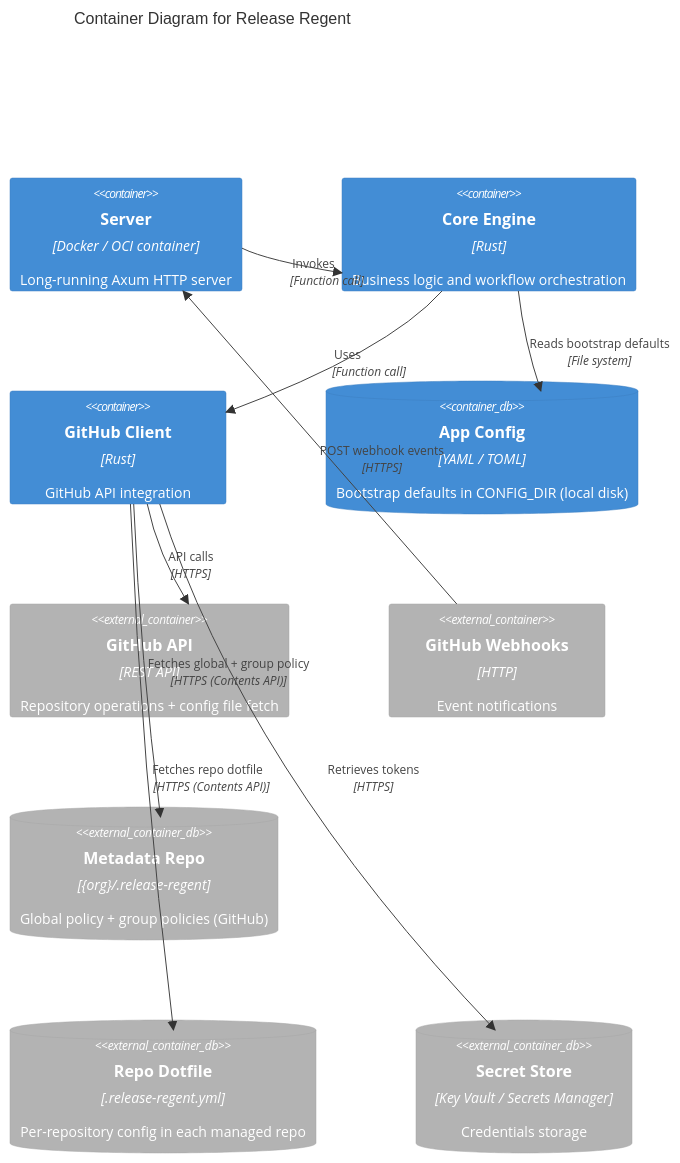
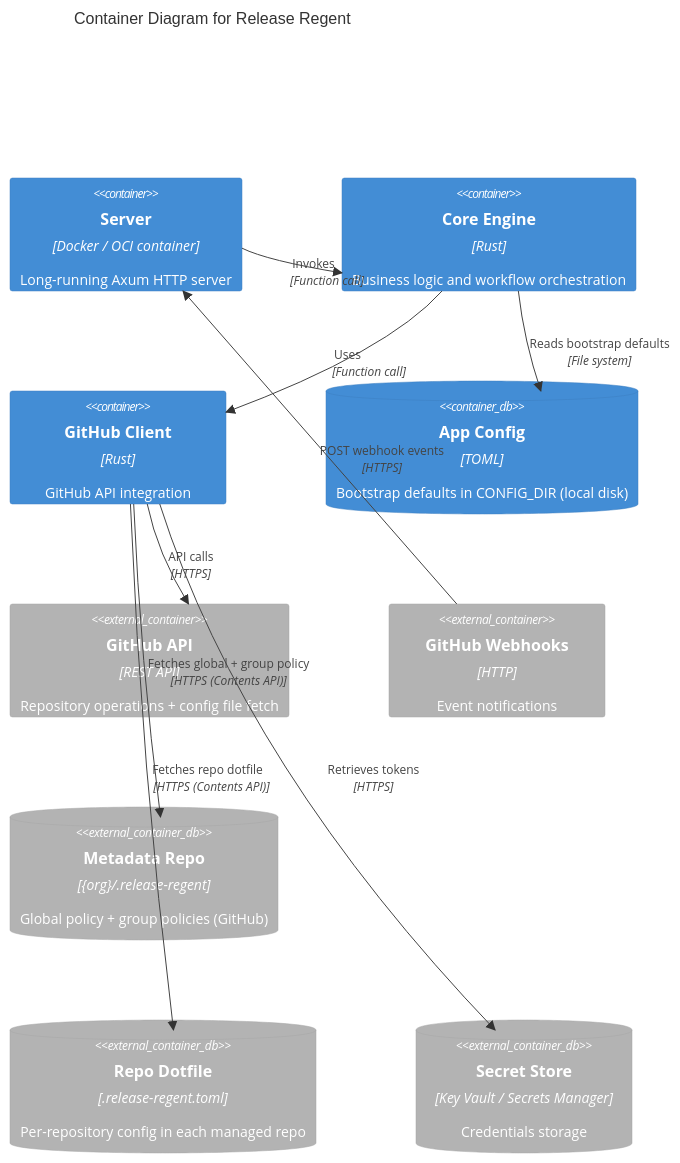
One commit to pvandervelde/release_regent changed the second of 9 diagrams in docs/specs/architecture/overview.md. Above: the diagram before and after it, drawn with Mermaid. The commit also changed other lines of this file and 12 other files, not shown here.

First line of the commit message:
fix(config): remove all remaining YAML references from docs and tests

````diff
--- a/docs/specs/architecture/overview.md
+++ b/docs/specs/architecture/overview.md
@@ -44,24 +44,24 @@
 ```mermaid
 C4Container
     title Container Diagram for Release Regent
 
     Container(function, "Server", "Docker / OCI container", "Long-running Axum HTTP server")
     Container(core, "Core Engine", "Rust", "Business logic and workflow orchestration")
     Container(github_client, "GitHub Client", "Rust", "GitHub API integration")
-    ContainerDb(app_config, "App Config", "YAML / TOML", "Bootstrap defaults in CONFIG_DIR (local disk)")
+    ContainerDb(app_config, "App Config", "TOML", "Bootstrap defaults in CONFIG_DIR (local disk)")
 
     Container_Ext(github_api, "GitHub API", "REST API", "Repository operations + config file fetch")
     Container_Ext(github_webhooks, "GitHub Webhooks", "HTTP", "Event notifications")
     ContainerDb_Ext(metadata_repo, "Metadata Repo", "{org}/.release-regent", "Global policy + group policies (GitHub)")
-    ContainerDb_Ext(repo_config, "Repo Dotfile", ".release-regent.yml", "Per-repository config in each managed repo")
+    ContainerDb_Ext(repo_config, "Repo Dotfile", ".release-regent.toml", "Per-repository config in each managed repo")
     ContainerDb_Ext(secrets, "Secret Store", "Key Vault / Secrets Manager", "Credentials storage")
 
     Rel(github_webhooks, function, "POST webhook events", "HTTPS")
     Rel(function, core, "Invokes", "Function call")
     Rel(core, github_client, "Uses", "Function call")
     Rel(github_client, github_api, "API calls", "HTTPS")
     Rel(core, app_config, "Reads bootstrap defaults", "File system")
     Rel(github_client, metadata_repo, "Fetches global + group policy", "HTTPS (Contents API)")
     Rel(github_client, repo_config, "Fetches repo dotfile", "HTTPS (Contents API)")
     Rel(github_client, secrets, "Retrieves tokens", "HTTPS")
 ```
````
